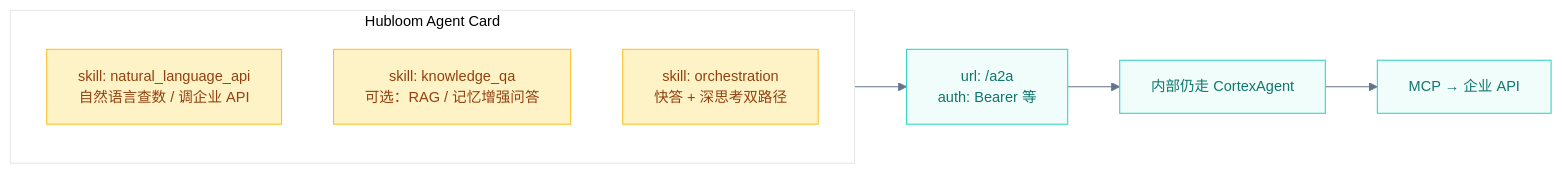
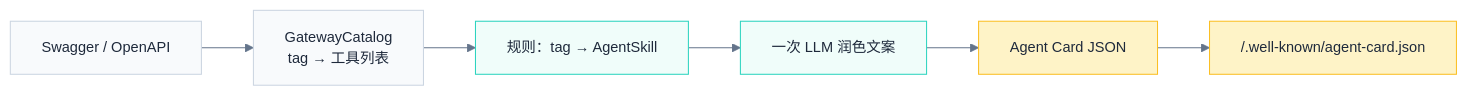
The sixth of 10 diagrams in docs/Hubloom-A2A互联.md (Zhong-y-j/Hubloom), drawn with Mermaid before and after one commit. The commit also changed other lines of this file and 3 other files, not shown here.

````diff
--- a/docs/Hubloom-A2A互联.md
+++ b/docs/Hubloom-A2A互联.md
@@ -176,19 +436,17 @@
 ```mermaid
 %%{init: {"theme":"base","themeVariables":{"background":"#ffffff","primaryColor":"#ffffff","primaryBorderColor":"#cbd5e1","primaryTextColor":"#1e293b","lineColor":"#64748b","fontSize":"14px"}}}%%
 flowchart LR
-    subgraph Card["Hubloom Agent Card"]
-        S1["skill: natural_language_api<br/>自然语言查数 / 调企业 API"]
-        S2["skill: knowledge_qa<br/>可选：RAG / 记忆增强问答"]
-        S3["skill: orchestration<br/>快答 + 深思考双路径"]
-    end
+    SW["Swagger / OpenAPI"] --> CAT["GatewayCatalog<br/>tag → 工具列表"]
+    CAT --> SK["规则：tag → AgentSkill"]
+    SK --> LLM["一次 LLM 润色文案"]
+    LLM --> CARD["Agent Card JSON"]
+    CARD --> EP["/.well-known/agent-card.json"]
 
-    Card --> EP["url: /a2a<br/>auth: Bearer 等"]
-    EP --> ADP["内部仍走 CortexAgent"]
-    ADP --> MCP["MCP → 企业 API"]
+    classDef src fill:#f8fafc,stroke:#cbd5e1
+    classDef step fill:#f0fdfa,stroke:#2dd4bf
+    classDef out fill:#fef3c7,stroke:#fbbf24
 
-    classDef skill fill:#fef3c7,stroke:#fbbf24,color:#92400e
-    classDef path fill:#f0fdfa,stroke:#2dd4bf,color:#0f766e
-
-    class S1,S2,S3 skill
-    class EP,ADP,MCP path
+    class SW,CAT src
+    class SK,LLM step
+    class CARD,EP out
 ```
````
